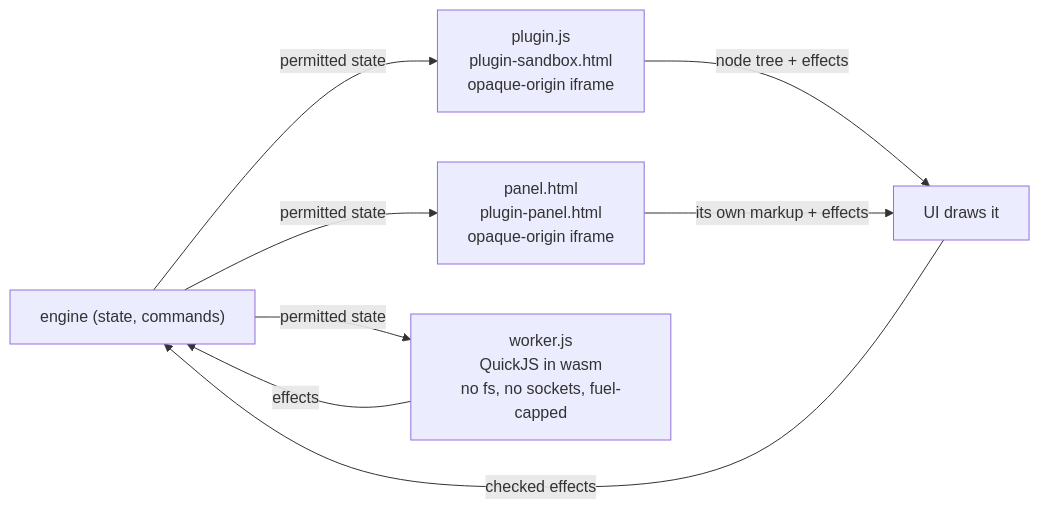
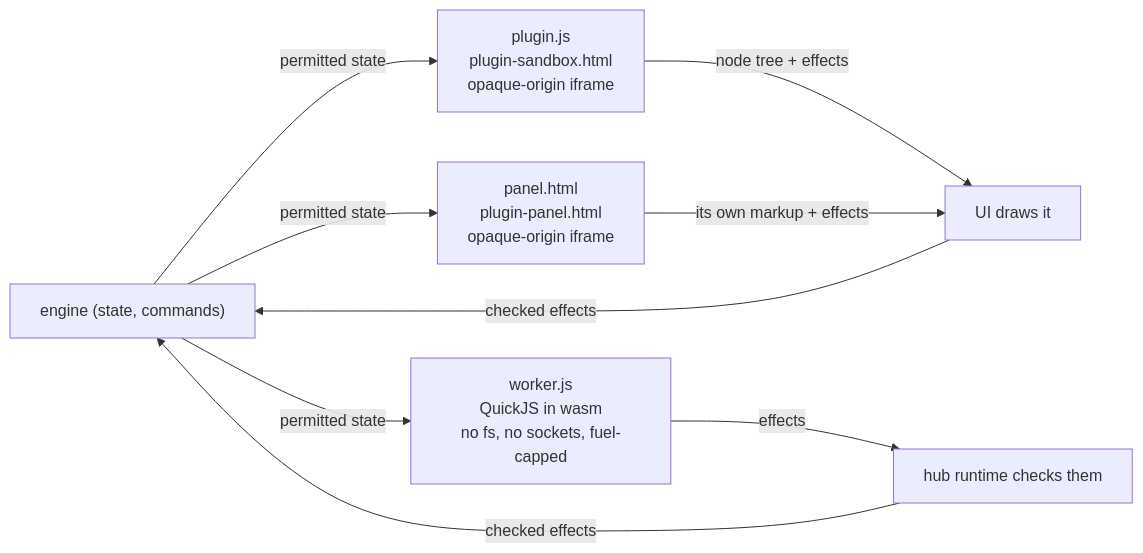
One commit to oliverbravery/PrintGuard changed the fifth of 5 diagrams in docs/architecture.md. Above: the diagram before and after it, drawn with Mermaid. The commit also changed other lines of this file, not shown here.

Commit message:
Bring the architecture page up to the code: the alert order, the engine's timings, the update fields and the files it left out

````diff
--- a/docs/architecture.md
+++ b/docs/architecture.md
@@ -584,8 +628,9 @@
 ```mermaid
 flowchart LR
     engine["engine (state, commands)"] -- "permitted state" --> panel & page & worker
     panel["plugin.js<br/>plugin-sandbox.html<br/>opaque-origin iframe"] -- "node tree + effects" --> ui["UI draws it"]
     page["panel.html<br/>plugin-panel.html<br/>opaque-origin iframe"] -- "its own markup + effects" --> ui
-    worker["worker.js<br/>QuickJS in wasm<br/>no fs, no sockets, fuel-capped"] -- "effects" --> engine
+    worker["worker.js<br/>QuickJS in wasm<br/>no fs, no sockets, fuel-capped"] -- "effects" --> runtime["hub runtime checks them"]
+    runtime -- "checked effects" --> engine
     ui -- "checked effects" --> engine
 ```
````
